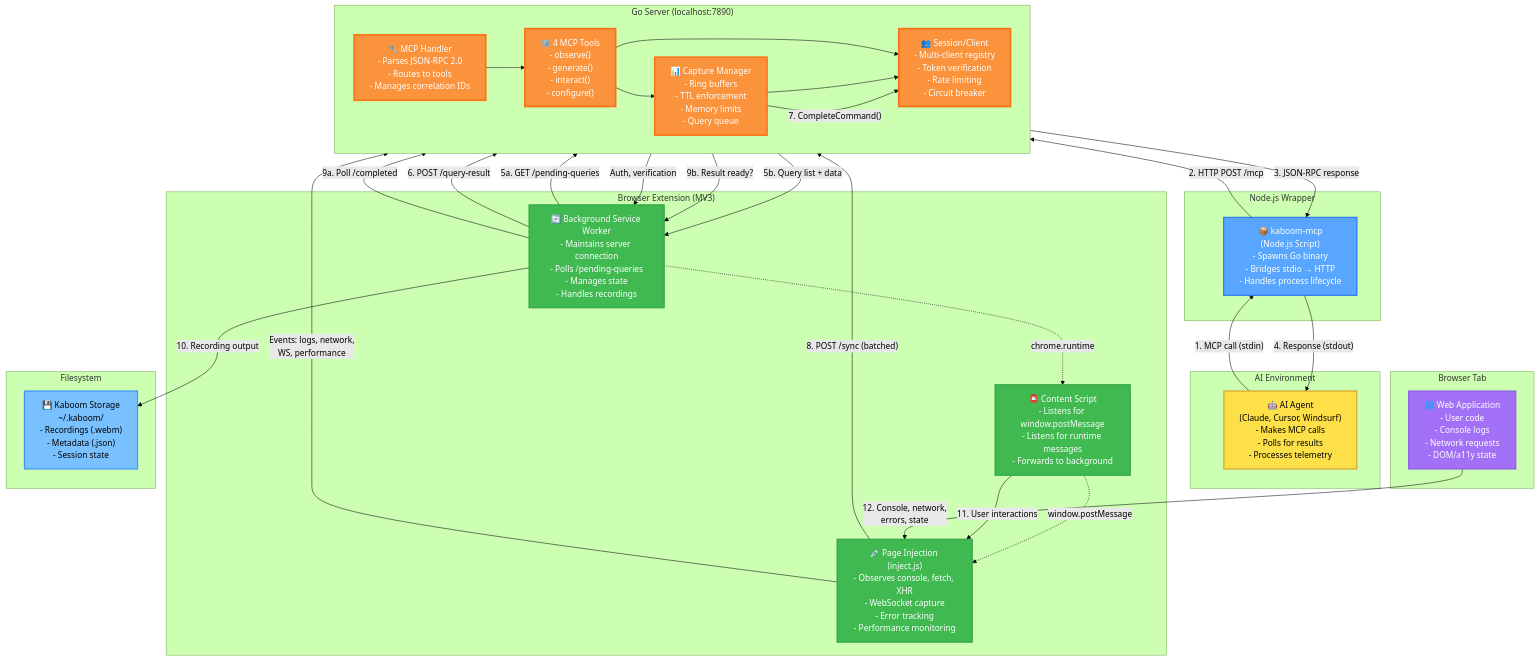
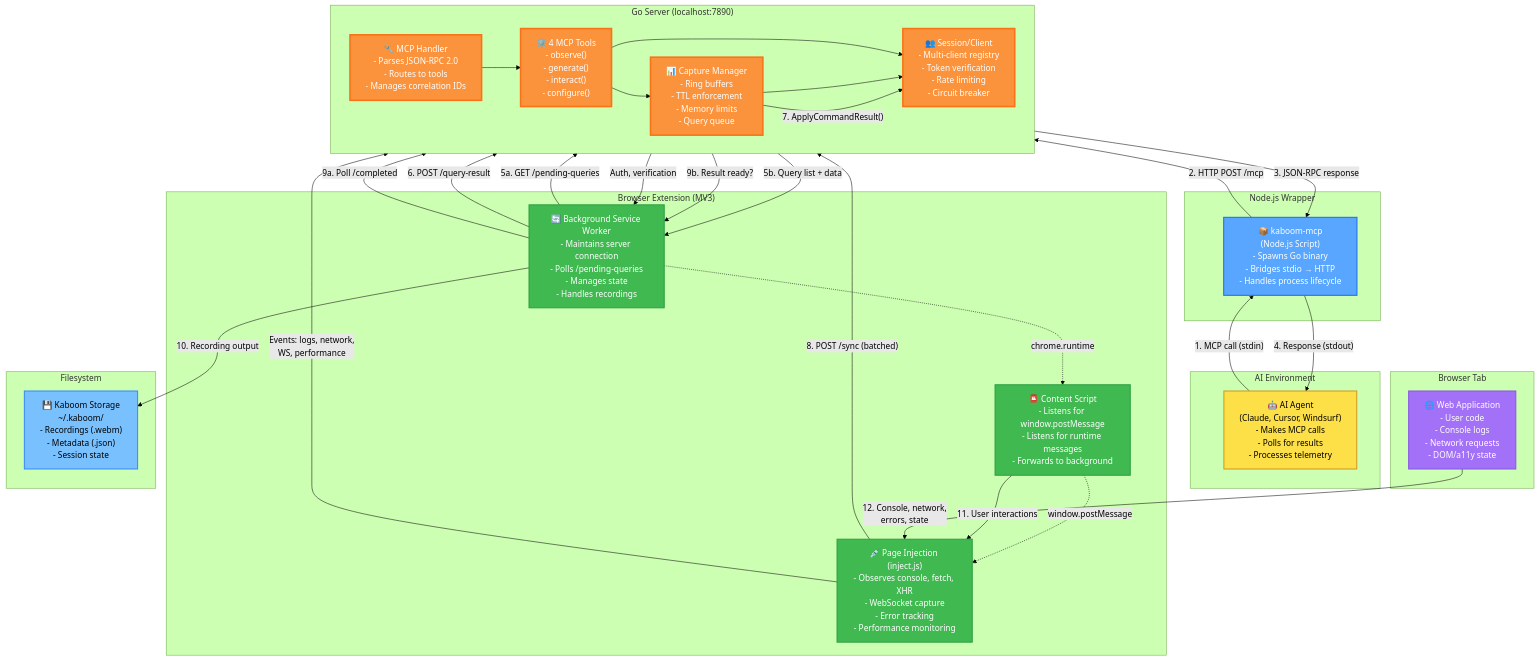
Before and after one commit to brennhill/Kaboom-Browser-AI-Devtools-MCP: the diagram in docs/architecture/diagrams/c2-containers.md, drawn with Mermaid (forest theme). The commit also changed 35 other files, not shown here.

```diff
--- a/docs/architecture/diagrams/c2-containers.md
+++ b/docs/architecture/diagrams/c2-containers.md
@@ -68,7 +68,7 @@
     BG -->|"5a. GET /pending-queries"| Capture
     Capture -->|"5b. Query list + data"| BG
     BG -->|"6. POST /query-result"| Capture
-    Capture -->|"7. CompleteCommand()"| Session
+    Capture -->|"7. ApplyCommandResult()"| Session
 
     Inject -->|"8. POST /sync (batched)"| Capture
     Inject -->|"Events: logs, network,<br/>WS, performance"| Capture
```
